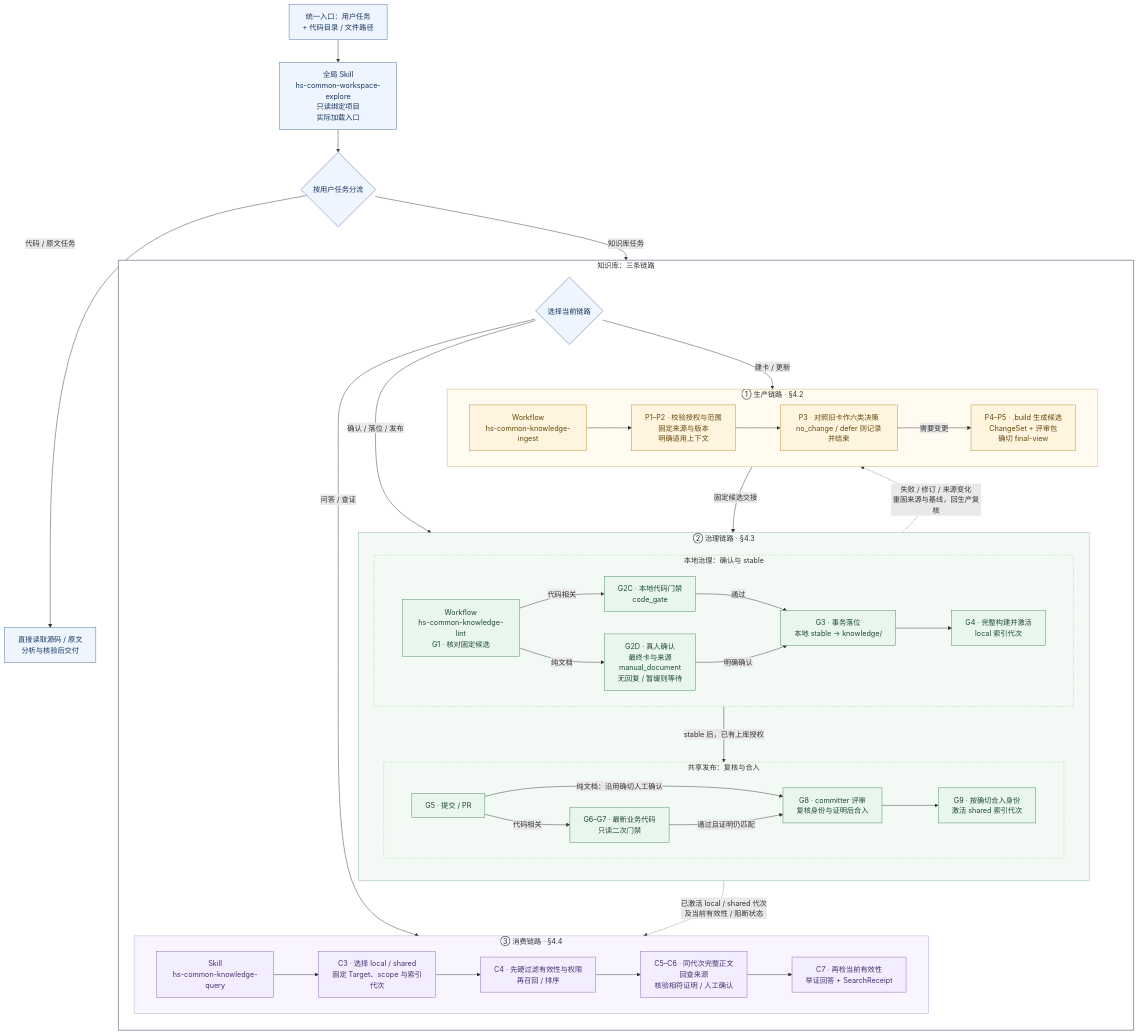
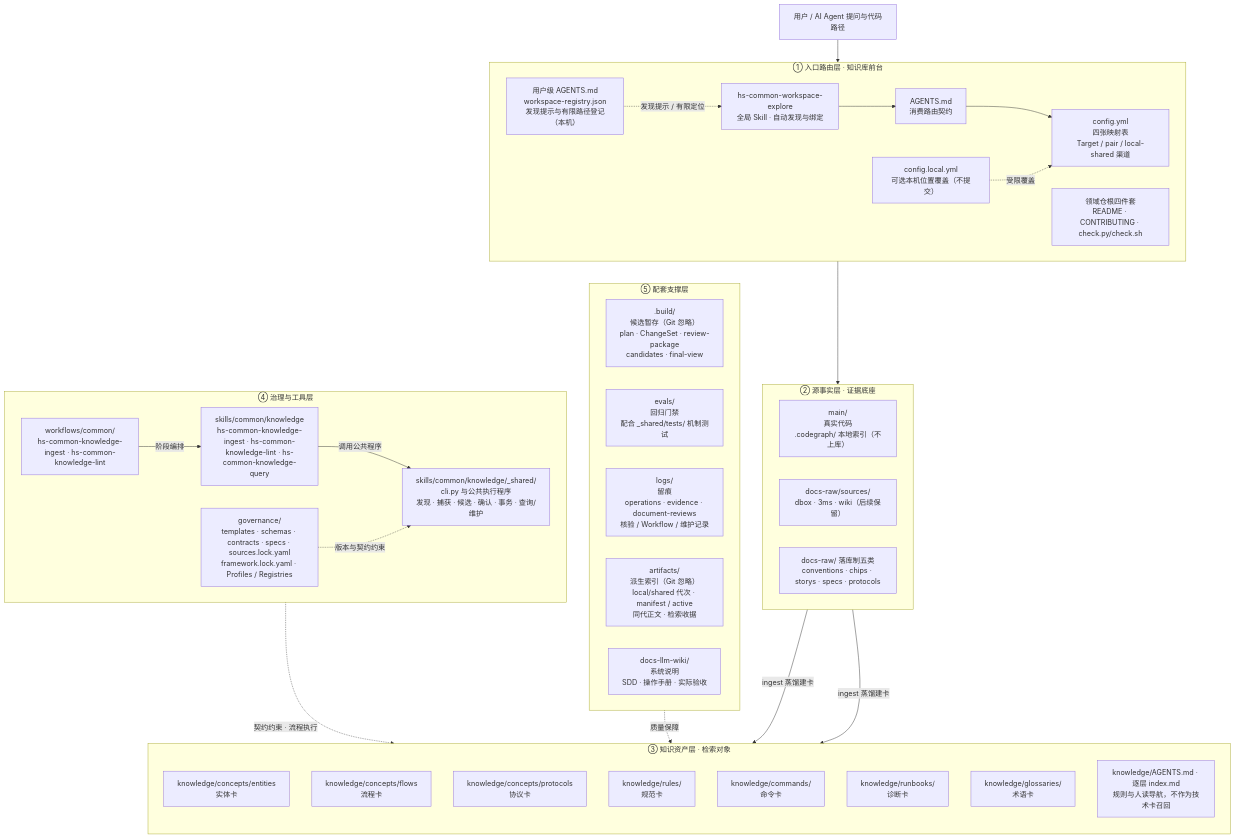
Before and after one commit to Robin-hhc/FactumCore: the first of 4 diagrams in docs-llm-wiki/设计文档/知识库详细设计.md, drawn with Mermaid. The commit also changed other lines of this file and 4 other files, not shown here.

Commit message:
docs(knowledge): reuse original architecture and extend lifecycle diagrams

````diff
--- a/docs-llm-wiki/设计文档/知识库详细设计.md
+++ b/docs-llm-wiki/设计文档/知识库详细设计.md
@@ -15,70 +15,61 @@
 ```mermaid
 flowchart TB
-    U["统一入口：用户任务<br/>+ 代码目录 / 文件路径"] --> WS["全局 Skill<br/>hs-common-workspace-explore<br/>只读绑定项目<br/>实际加载入口"]
-    WS --> T{"按用户任务分流"}
-    T -->|代码 / 原文任务| SR["直接读取源码 / 原文<br/>分析与核验后交付"]
-    T -->|知识库任务| KB
+    U["用户 / AI Agent 提问与代码路径"]
 
-    subgraph KB["知识库：三条链路"]
-        direction TB
-        K{"选择当前链路"}
-        subgraph PROD["① 生产链路 · §4.2"]
-            direction LR
-            P0["Workflow<br/>hs-common-knowledge-ingest"]
-            P0 --> P12["P1–P2 · 校验授权与范围<br/>固定来源与版本<br/>明确适用上下文"]
-            P12 --> P3["P3 · 对照旧卡作六类决策<br/>no_change / defer 则记录并结束"]
-            P3 -->|需要变更| P45["P4–P5 · .build 生成候选<br/>ChangeSet + 评审包<br/>确切 final-view"]
-        end
-
-        subgraph GOV["② 治理链路 · §4.3"]
-            direction TB
-            subgraph LOCAL["本地治理：确认与 stable"]
-                direction LR
-                G1["Workflow<br/>hs-common-knowledge-lint<br/>G1 · 核对固定候选"]
-                G1 -->|代码相关| GC["G2C · 本地代码门禁<br/>code_gate"]
-                G1 -->|纯文档| GH["G2D · 真人确认<br/>最终卡与来源<br/>manual_document<br/>无回复 / 暂缓则等待"]
-                GC -->|通过| ST["G3 · 事务落位<br/>本地 stable → knowledge/"]
-                GH -->|明确确认| ST
-                ST --> LI["G4 · 完整构建并激活<br/>local 索引代次"]
-            end
-            subgraph SHARED["共享发布：复核与合入"]
-                direction LR
-                PR["G5 · 提交 / PR"] -->|代码相关| MG["G6–G7 · 最新业务代码<br/>只读二次门禁"]
-                PR -->|纯文档：沿用确切人工确认| MERGE["G8 · committer 评审<br/>复核身份与证明后合入"]
-                MG -->|通过且证明仍匹配| MERGE
-                MERGE --> SI["G9 · 按确切合入身份<br/>激活 shared 索引代次"]
-            end
-            LOCAL -->|stable 后，已有上库授权| SHARED
-        end
-
-        subgraph CONSUME["③ 消费链路 · §4.4"]
-            direction LR
-            C0["Skill<br/>hs-common-knowledge-query"] --> C3["C3 · 选择 local / shared<br/>固定 Target、scope 与索引代次"]
-            C3 --> C4["C4 · 先硬过滤有效性与权限<br/>再召回 / 排序"]
-            C4 --> C56["C5–C6 · 同代次完整正文<br/>回查来源<br/>核验相符证明 / 人工确认"]
-            C56 --> C7["C7 · 再检当前有效性<br/>举证回答 + SearchReceipt"]
-        end
-
-        K -->|建卡 / 更新| PROD
-        K -->|确认 / 落位 / 发布| GOV
-        K -->|问答 / 查证| CONSUME
-        PROD -->|固定候选交接| GOV
-        GOV -.->|失败 / 修订 / 来源变化<br/>重固来源与基线，回生产复核| PROD
-        GOV -.->|已激活 local / shared 代次<br/>及当前有效性 / 阻断状态| CONSUME
+    subgraph S1["① 入口路由层 · 知识库前台"]
+        direction LR
+        A0["hs-common-workspace-explore<br />全局 Skill · 自动发现与绑定"]
+        A1["AGENTS.md<br />消费路由契约"]
+        A2["config.yml<br />四张映射表<br />Target / pair / local-shared 渠道"]
+        A3["领域仓根四件套<br />README · CONTRIBUTING · check.py/check.sh"]
+        A4["用户级 AGENTS.md<br />workspace-registry.json<br />发现提示与有限路径登记（本机）"]
+        A5["config.local.yml<br />可选本机位置覆盖（不提交）"]
     end
 
-    classDef entry fill:#eef5ff,stroke:#4169a1,color:#173459
-    classDef production fill:#fff5df,stroke:#b98725,color:#62460d
-    classDef governance fill:#e9f6ee,stroke:#41865a,color:#1d4a2d
-    classDef consumption fill:#f2edff,stroke:#8364b4,color:#47306b
-    class U,WS,T,SR,K entry
-    class P0,P12,P3,P45 production
-    class G1,GC,GH,ST,LI,PR,MG,MERGE,SI governance
-    class C0,C3,C4,C56,C7 consumption
-    style KB fill:#ffffff,stroke:#8b95a5,stroke-width:2px
-    style PROD fill:#fffbf1,stroke:#cfaf6e
-    style GOV fill:#f3faf5,stroke:#88b698
-    style LOCAL fill:#f3faf5,stroke:#a6c5af,stroke-dasharray:4 3
-    style SHARED fill:#f3faf5,stroke:#a6c5af,stroke-dasharray:4 3
-    style CONSUME fill:#f8f5ff,stroke:#b4a1d0
+    subgraph S2["② 源事实层 · 证据底座"]
+        direction LR
+        B1["main/<br />真实代码<br />.codegraph/ 本地索引（不上库）"]
+        B2["docs-raw/sources/<br />dbox · 3ms · wiki（后续保留）"]
+        B3["docs-raw/ 落库制五类<br />conventions · chips · storys · specs · protocols"]
+    end
+
+    subgraph S3["③ 知识资产层 · 检索对象"]
+        direction TB
+        C1["knowledge/concepts/entities<br />实体卡"]
+        C2["knowledge/concepts/flows<br />流程卡"]
+        C3["knowledge/concepts/protocols<br />协议卡"]
+        C4["knowledge/rules/<br />规范卡"]
+        C5["knowledge/commands/<br />命令卡"]
+        C6["knowledge/runbooks/<br />诊断卡"]
+        C7["knowledge/glossaries/<br />术语卡"]
+        C8["knowledge/AGENTS.md · 逐层 index.md<br />规则与人读导航，不作为技术卡召回"]
+    end
+
+    subgraph S4["④ 治理与工具层"]
+        direction LR
+        D1["governance/<br />templates · schemas · contracts · specs · sources.lock.yaml<br />framework.lock.yaml · Profiles / Registries"]
+        D2["skills/common/knowledge<br />hs-common-knowledge-ingest · hs-common-knowledge-lint · hs-common-knowledge-query"]
+        D3["workflows/common/<br />hs-common-knowledge-ingest · hs-common-knowledge-lint"]
+        D3 -->|"阶段编排"| D2
+        D4["skills/common/knowledge/_shared/<br />cli.py 与公共执行程序<br />发现 · 捕获 · 候选 · 确认 · 事务 · 查询/维护"]
+        D2 -->|"调用公共程序"| D4
+        D1 -.->|"版本与契约约束"| D4
+    end
+
+    subgraph S5["⑤ 配套支撑层"]
+        direction LR
+        E1[".build/<br />候选暂存（Git 忽略）<br />plan · ChangeSet · review-package<br />candidates · final-view"]
+        E2["evals/<br />回归门禁<br />配合 _shared/tests/ 机制测试"]
+        E3["logs/<br />留痕<br />operations · evidence · document-reviews<br />核验 / Workflow / 维护记录"]
+        E4["artifacts/<br />派生索引（Git 忽略）<br />local/shared 代次 · manifest / active<br />同代正文 · 检索收据"]
+        E5["docs-llm-wiki/<br />系统说明<br />SDD · 操作手册 · 实际验收"]
+    end
+
+    U --> A0 --> A1 --> A2
+    A2 --> S2
+    A4 -.->|"发现提示 / 有限定位"| A0
+    A5 -.->|"受限覆盖"| A2
+    B1 & B3 -->|"ingest 蒸馏建卡"| S3
+    S4 -.->|"契约约束 · 流程执行"| S3
+    S5 -.->|"质量保障"| S3
 ```
````
